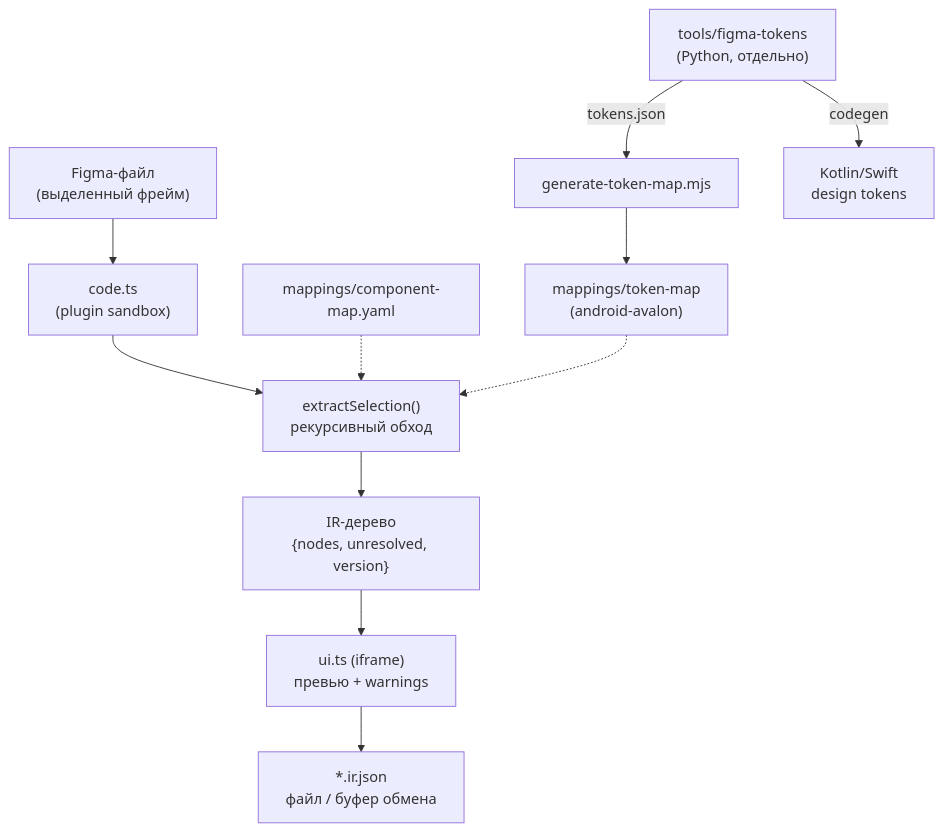
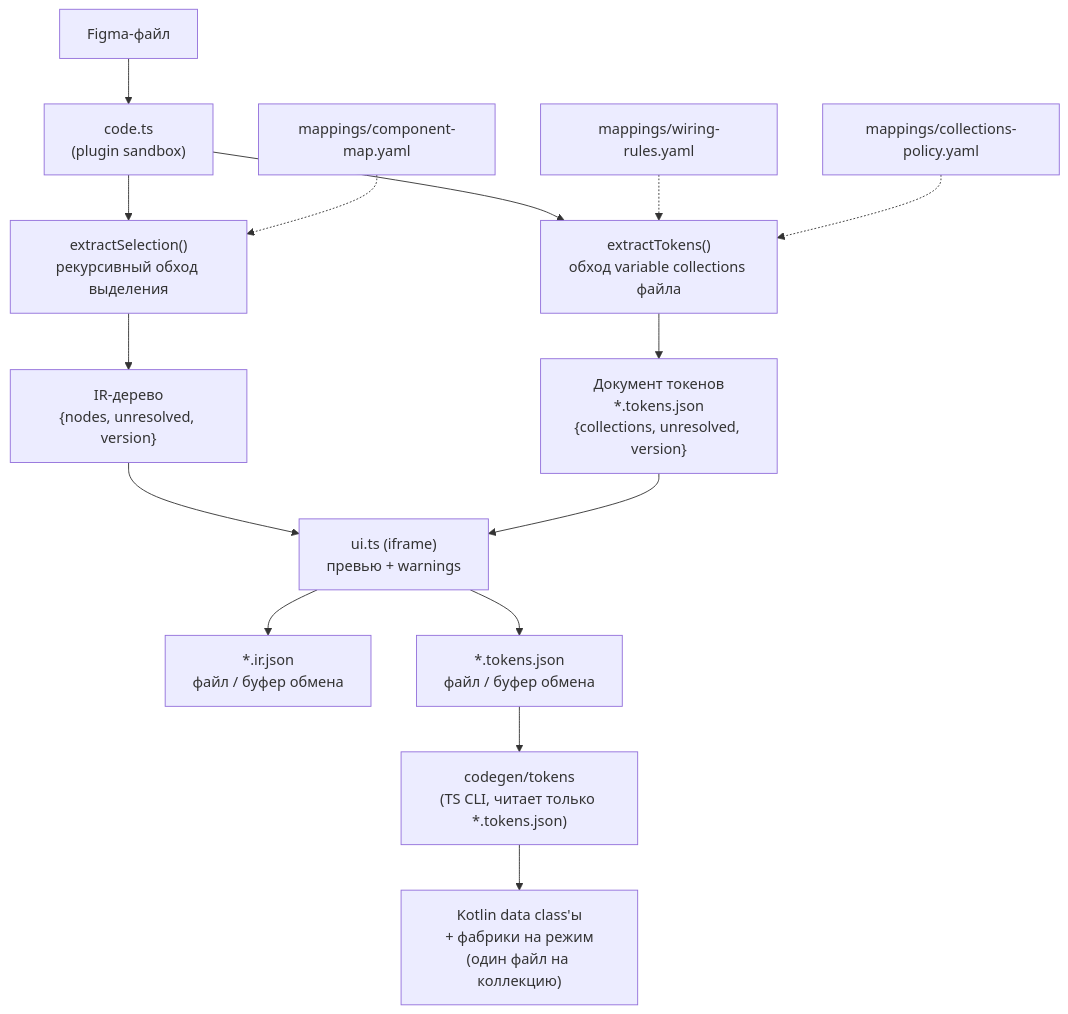
The diagram in docs/ARCHITECTURE.md (vlad-dexcom/Figma-Output-Normalizer), drawn with Mermaid before and after one commit. The commit also changed other lines of this file and 29 other files, not shown here.

````diff
--- a/docs/ARCHITECTURE.md
+++ b/docs/ARCHITECTURE.md
@@ -44,14 +52,19 @@
 ```mermaid
 flowchart TD
-    A["Figma-файл<br/>(выделенный фрейм)"] --> B["code.ts<br/>(plugin sandbox)"]
-    B --> C["extractSelection()<br/>рекурсивный обход"]
+    A["Figma-файл"] --> B["code.ts<br/>(plugin sandbox)"]
+    B --> C["extractSelection()<br/>рекурсивный обход выделения"]
     C --> D["IR-дерево<br/>{nodes, unresolved, version}"]
+    B --> C2["extractTokens()<br/>обход variable collections файла"]
+    C2 --> D2["Документ токенов<br/>*.tokens.json<br/>{collections, unresolved, version}"]
     D --> E["ui.ts (iframe)<br/>превью + warnings"]
-    E --> F["*.ir.json<br/>файл / буфер обмена"]
+    D2 --> E
+    E --> F1["*.ir.json<br/>файл / буфер обмена"]
+    E --> F2["*.tokens.json<br/>файл / буфер обмена"]
 
     M1["mappings/component-map.yaml"] -.-> C
-    M2["mappings/token-map<br/>(android-avalon)"] -.-> C
-    T["tools/figma-tokens<br/>(Python, отдельно)"] -->|"tokens.json"| G["generate-token-map.mjs"]
-    G --> M2
-    T -->|"codegen"| K["Kotlin/Swift<br/>design tokens"]
+    M2["mappings/wiring-rules.yaml"] -.-> C2
+    M3["mappings/collections-policy.yaml"] -.-> C2
+
+    F2 --> G["codegen/tokens<br/>(TS CLI, читает только *.tokens.json)"]
+    G --> K["Kotlin data class'ы<br/>+ фабрики на режим<br/>(один файл на коллекцию)"]
 ```
````
